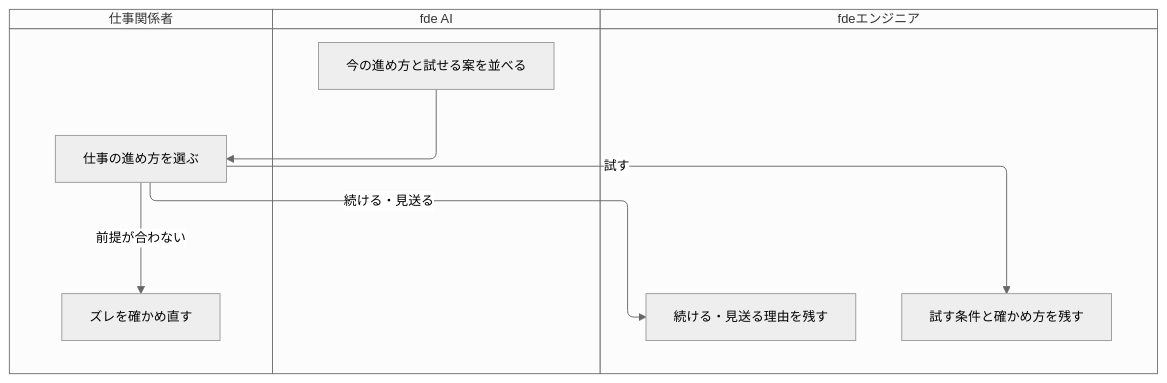
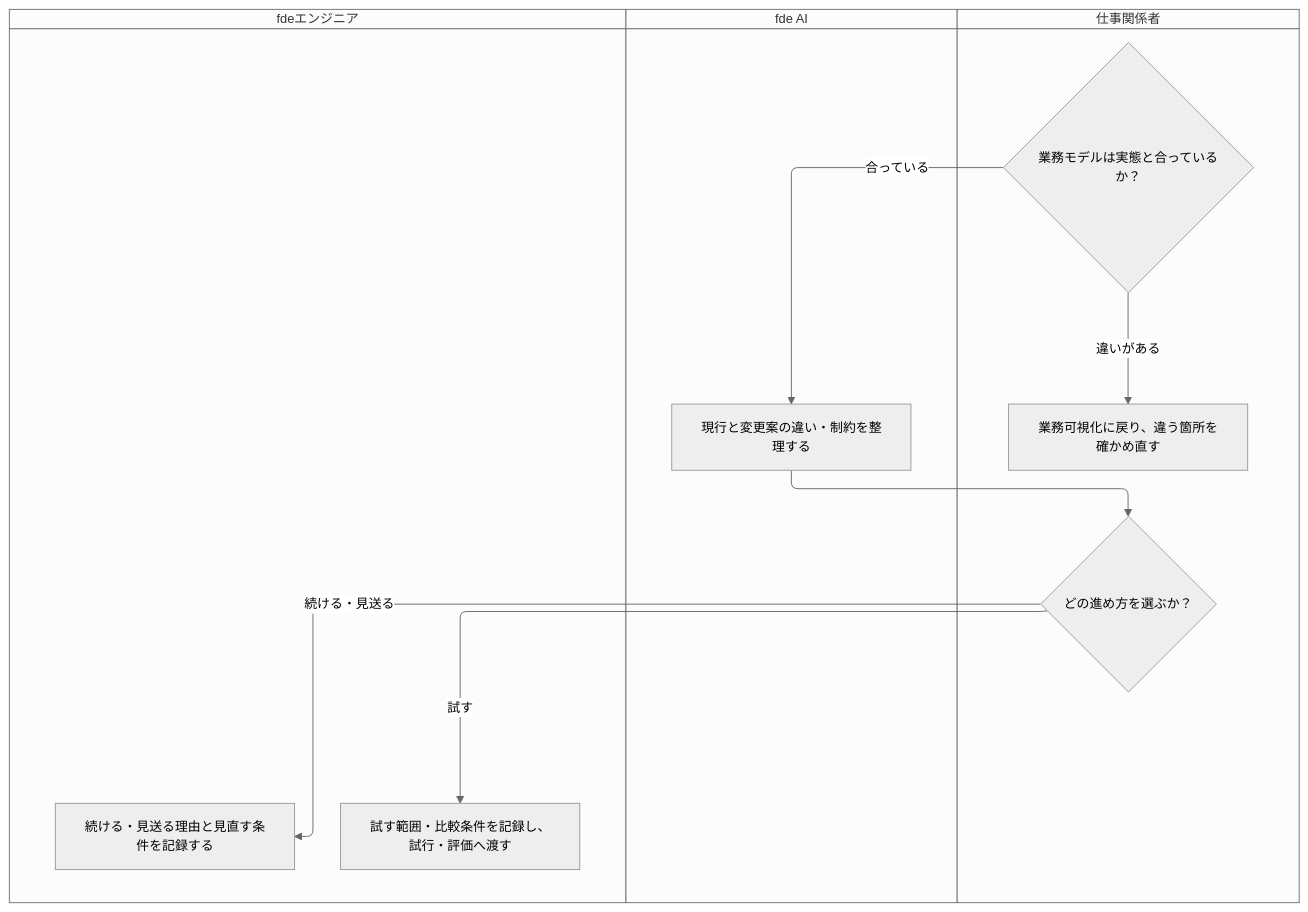
The second of 2 diagrams in experiments/fde-product-pivot/visualization/work/decide/README.md (maakbo/fde), drawn with Mermaid before and after one commit. The commit also changed other lines of this file, not shown here.

````diff
--- a/experiments/fde-product-pivot/visualization/work/decide/README.md
+++ b/experiments/fde-product-pivot/visualization/work/decide/README.md
@@ -64,31 +51,33 @@
 ```mermaid
 ---
 config:
   theme: neutral
   swimlane:
     ignoreCrossLaneEdges: false
     optimizeRanksByCrossings: false
   themeVariables:
     fontFamily: "Inter, Hiragino Sans, sans-serif"
     fontSize: "14px"
 ---
 swimlane-beta TB
-  accTitle: 続けるか、試すかを選ぶ
-  accDescr: fde AIが案を並べ、仕事関係者が進め方を選びます。試す場合は条件と確かめ方、続けるか見送る場合は理由を残します。前提が合わなければ確かめ直します。
-  %% 手順は上から下。誰が判断し、どこで情報を受け渡すかを示す。
-  subgraph people [仕事関係者]
-    choose["仕事の進め方を選ぶ"]
-    recheck["ズレを確かめ直す"]
+  accTitle: 方針選定の業務フロー
+  accDescr: 仕事関係者が現状の前提を確かめ、fde AIが案を比較します。仕事関係者が選び、fdeエンジニアが結論と次へ渡す内容を記録します。
+  %% 親業務: ../../README.md#uc-decide / b_decide。
+  subgraph engineer [fdeエンジニア]
+    trial["試す範囲・比較条件を記録し、試行・評価へ渡す"]
+    keep["続ける・見送る理由と見直す条件を記録する"]
   end
   subgraph ai [fde AI]
-    options["今の進め方と試せる案を並べる"]
+    options["現行と変更案の違い・制約を整理する"]
   end
-  subgraph engineer [fdeエンジニア]
-    trial["試す条件と確かめ方を残す"]
-    keep["続ける・見送る理由を残す"]
+  subgraph people [仕事関係者]
+    check{"業務モデルは実態と合っているか？"}
+    recheck["業務可視化に戻り、違う箇所を確かめ直す"]
+    choose{"どの進め方を選ぶか？"}
   end
+  check -->|合っている| options
+  check -->|違いがある| recheck
   options --> choose
   choose -->|試す| trial
   choose -->|続ける・見送る| keep
-  choose -->|前提が合わない| recheck
 ```
````
